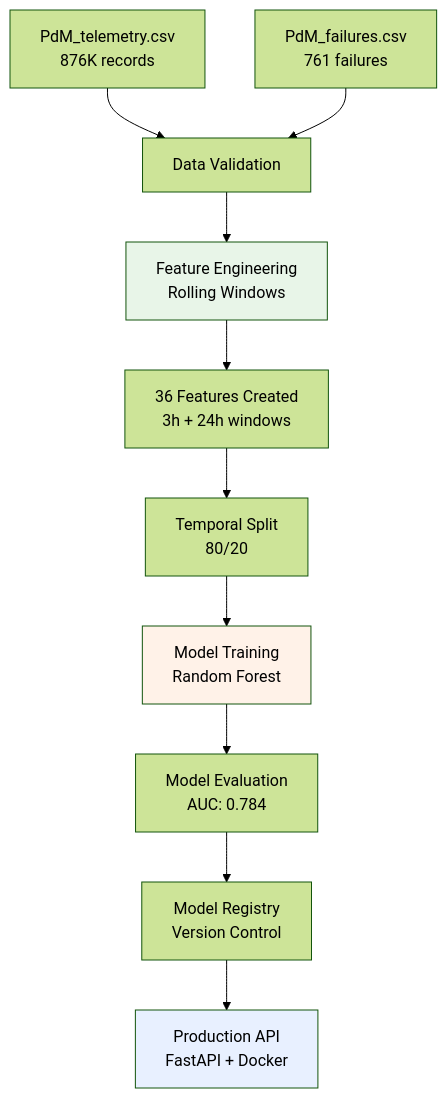
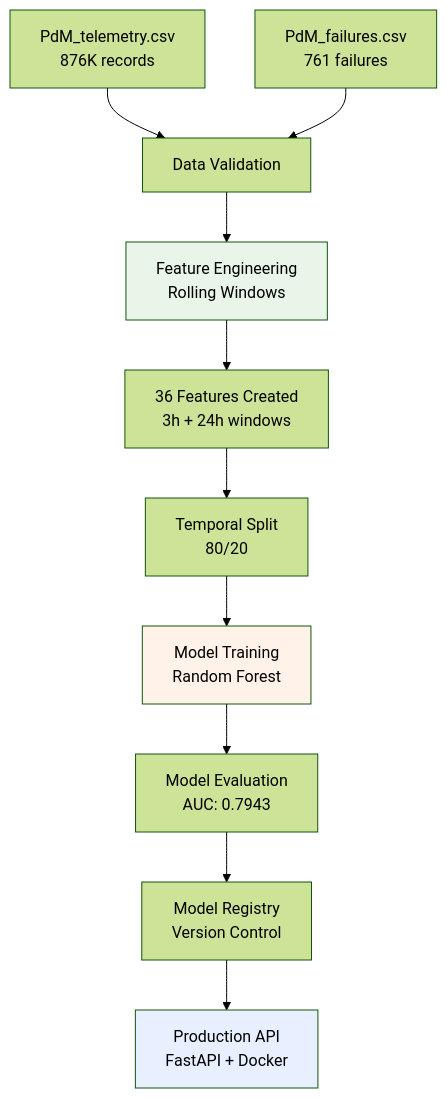
One commit to BrayanCuevas/predictive-maintenance-mlop_waltmart changed the second of 2 diagrams in README.md. Above: the diagram before and after it, drawn with Mermaid (forest theme). The commit also changed other lines of this file and 5 other files, not shown here.

````diff
--- a/README.md
+++ b/README.md
@@ -73,16 +73,16 @@
 ```mermaid
 graph TD
     A[PdM_telemetry.csv<br/>876K records] --> B[Data Validation]
     C[PdM_failures.csv<br/>761 failures] --> B
     B --> D[Feature Engineering<br/>Rolling Windows]
     D --> E[36 Features Created<br/>3h + 24h windows]
     E --> F[Temporal Split<br/>80/20]
     F --> G[Model Training<br/>Random Forest]
-    G --> H[Model Evaluation<br/>AUC: 0.784]
+    G --> H[Model Evaluation<br/>AUC: 0.7943]
     H --> I[Model Registry<br/>Version Control]
     I --> J[Production API<br/>FastAPI + Docker]
     
     style D fill:#e8f5e8
     style G fill:#fff2e8
     style J fill:#e8f0ff
 ```
````
